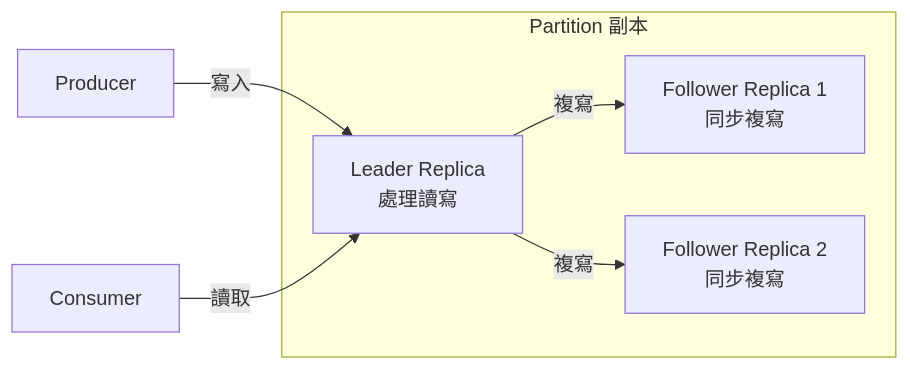
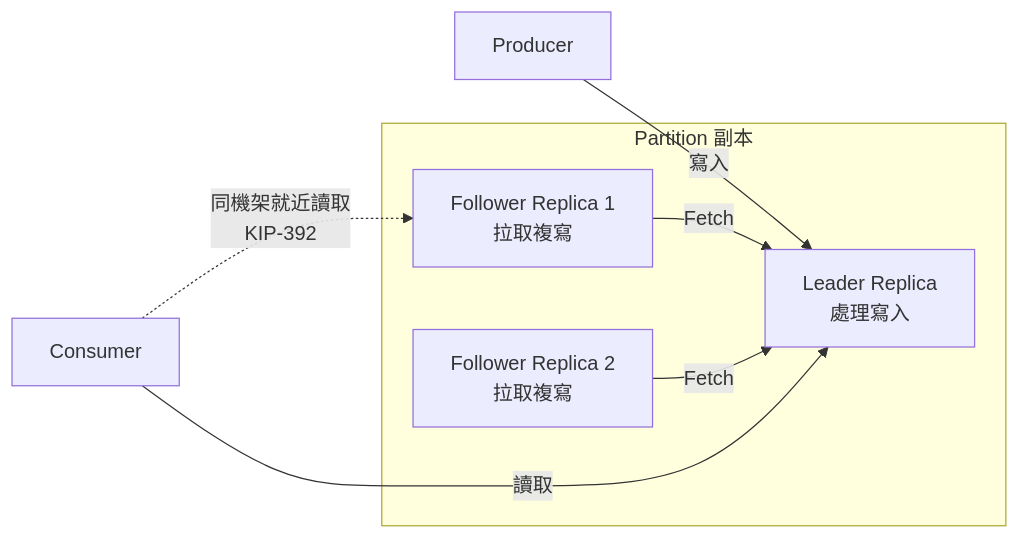
Before and after one commit to chihhung/Blog: the tenth of 29 diagrams in content/posts/教學/工具/Kafka教學手冊.md, drawn with Mermaid. The commit also changed other lines of this file and 10 other files, not shown here.

````diff
--- a/content/posts/教學/工具/Kafka教學手冊.md
+++ b/content/posts/教學/工具/Kafka教學手冊.md
@@ -349,13 +794,14 @@
 ```mermaid
 flowchart LR
     subgraph Partition 副本
-        L[Leader Replica<br/>處理讀寫]
-        F1[Follower Replica 1<br/>同步複寫]
-        F2[Follower Replica 2<br/>同步複寫]
+        L[Leader Replica<br/>處理寫入]
+        F1[Follower Replica 1<br/>拉取複寫]
+        F2[Follower Replica 2<br/>拉取複寫]
     end
-    
+
     P[Producer] -->|寫入| L
-    L -->|複寫| F1
-    L -->|複寫| F2
+    F1 -->|Fetch| L
+    F2 -->|Fetch| L
     C[Consumer] -->|讀取| L
+    C -.->|同機架就近讀取<br/>KIP-392| F1
 ```
````
